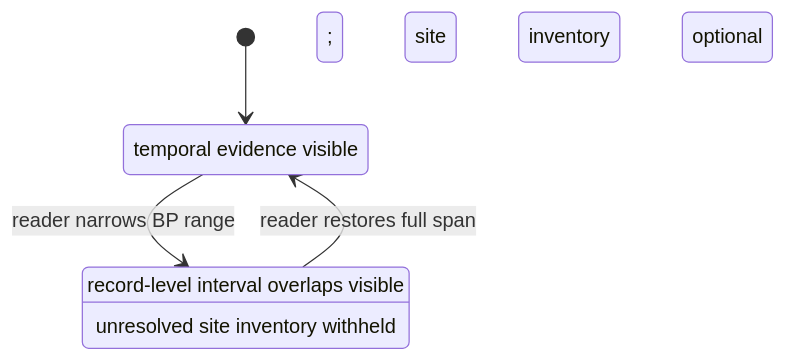
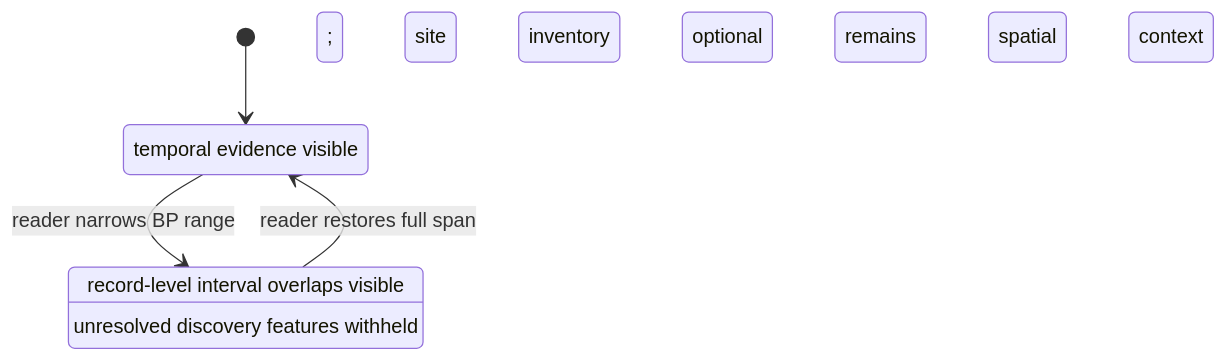
Before and after one commit to bijux/bijux-pollenomics: the second of 2 diagrams in docs/public/pollenomics-data/sources/sead-handbook.md, drawn with Mermaid. The commit also changed other lines of this file and 5 other files, not shown here.

````diff
--- a/docs/public/pollenomics-data/sources/sead-handbook.md
+++ b/docs/public/pollenomics-data/sources/sead-handbook.md
@@ -133,9 +133,9 @@
 ```mermaid
 stateDiagram-v2
     [*] --> FullExtent
     FullExtent: temporal evidence visible; site inventory optional
     FullExtent --> NarrowWindow: reader narrows BP range
     NarrowWindow: record-level interval overlaps visible
-    NarrowWindow: unresolved site inventory withheld
+    NarrowWindow: unresolved discovery features withheld; optional site inventory remains spatial context
     NarrowWindow --> FullExtent: reader restores full span
 ```
````
